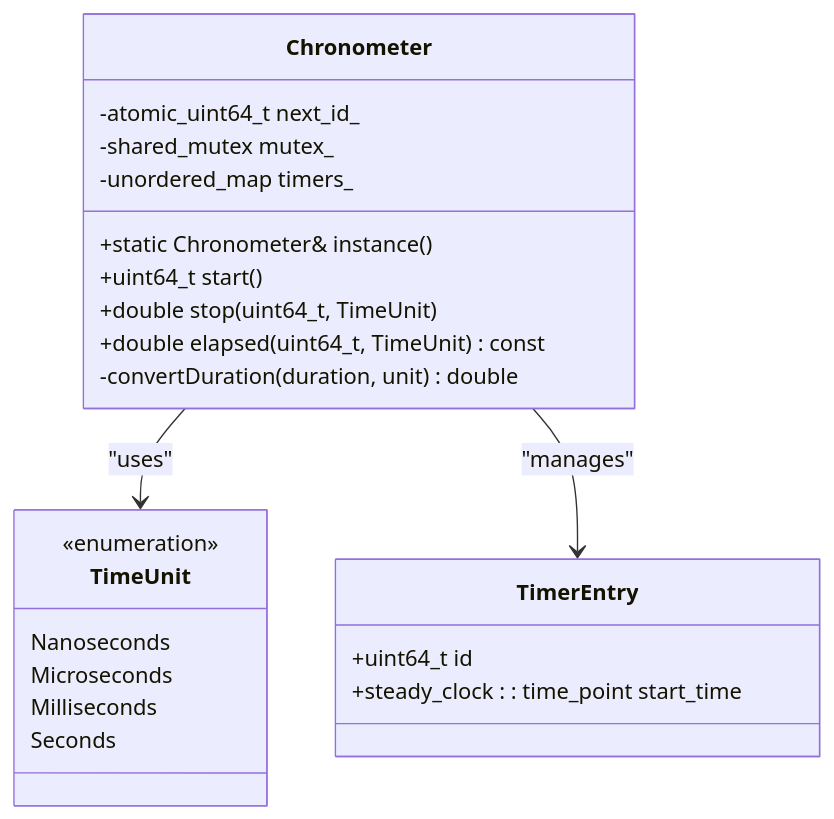
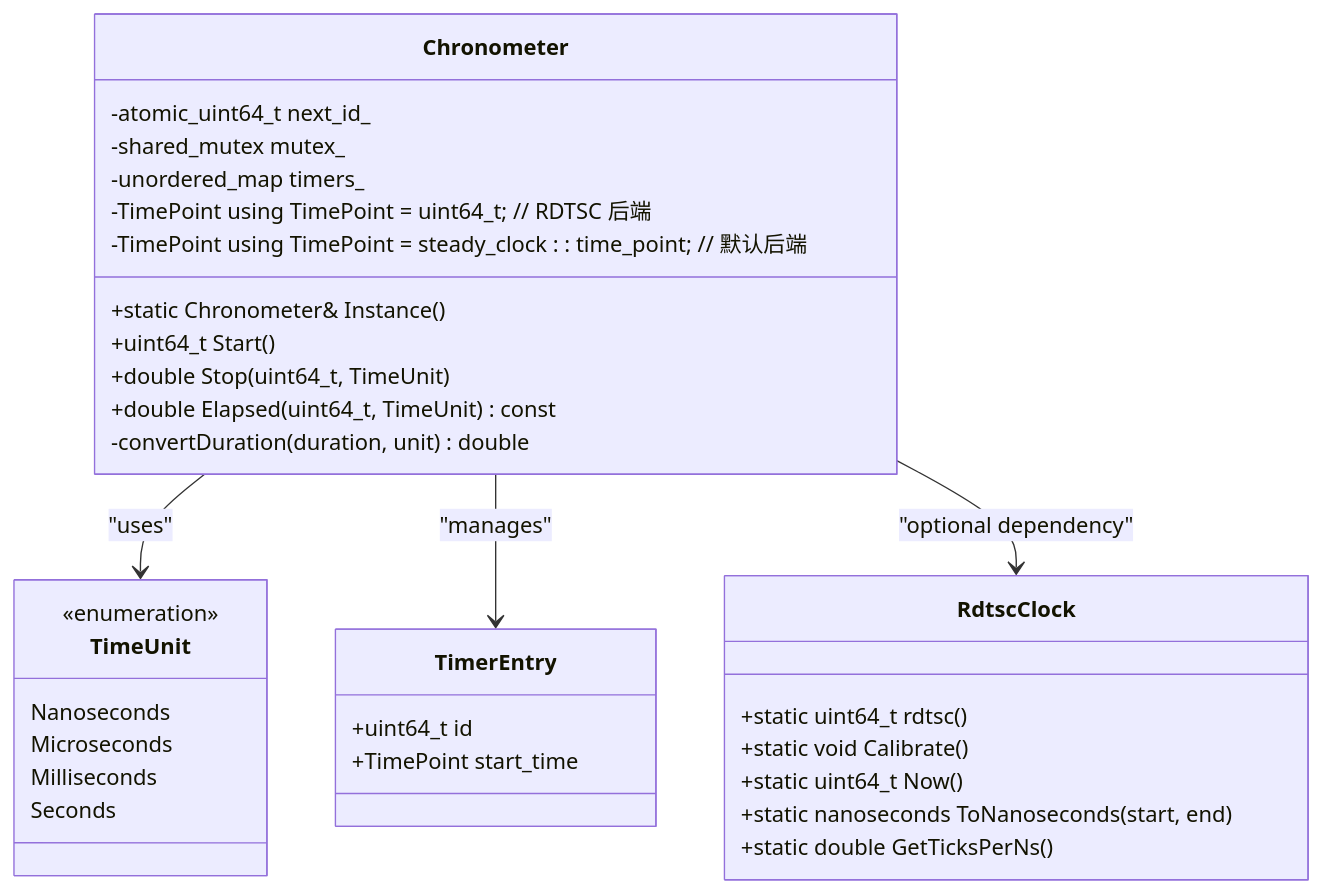
Before and after one commit to xuetianhao98/chronometer: the second of 20 diagrams in .qoder/repowiki/zh/content/实现细节/实现细节.md, drawn with Mermaid. The commit also changed other lines of this file and 12 other files, not shown here.

````diff
--- a/.qoder/repowiki/zh/content/实现细节/实现细节.md
+++ b/.qoder/repowiki/zh/content/实现细节/实现细节.md
@@ -81,26 +102,36 @@
 ```mermaid
 classDiagram
 class Chronometer {
 -atomic_uint64_t next_id_
 -shared_mutex mutex_
 -unordered_map timers_
-+static Chronometer& instance()
-+uint64_t start()
-+double stop(uint64_t, TimeUnit)
-+double elapsed(uint64_t, TimeUnit) const
++static Chronometer& Instance()
++uint64_t Start()
++double Stop(uint64_t, TimeUnit)
++double Elapsed(uint64_t, TimeUnit) const
+-TimePoint using TimePoint = uint64_t; // RDTSC 后端
+-TimePoint using TimePoint = steady_clock : : time_point; // 默认后端
 -convertDuration(duration, unit) double
 }
 class TimeUnit {
 <<enumeration>>
 Nanoseconds
 Microseconds
 Milliseconds
 Seconds
 }
 class TimerEntry {
 +uint64_t id
-+steady_clock : : time_point start_time
++TimePoint start_time
+}
+class RdtscClock {
++static uint64_t rdtsc()
++static void Calibrate()
++static uint64_t Now()
++static nanoseconds ToNanoseconds(start, end)
++static double GetTicksPerNs()
 }
 Chronometer --> TimeUnit : "uses"
 Chronometer --> TimerEntry : "manages"
+Chronometer --> RdtscClock : "optional dependency"
 ```
````
